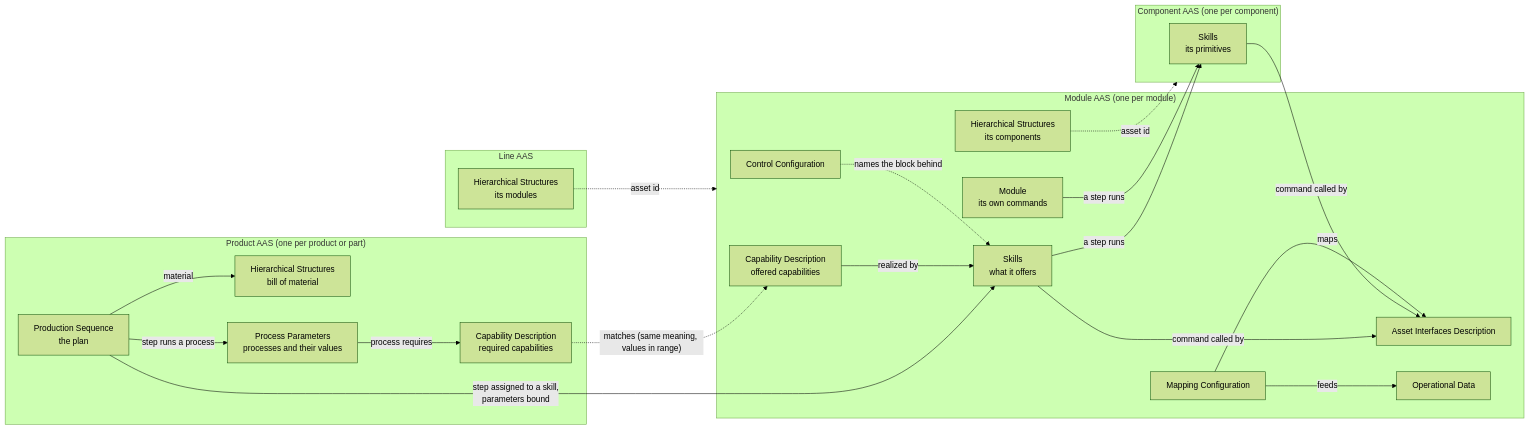
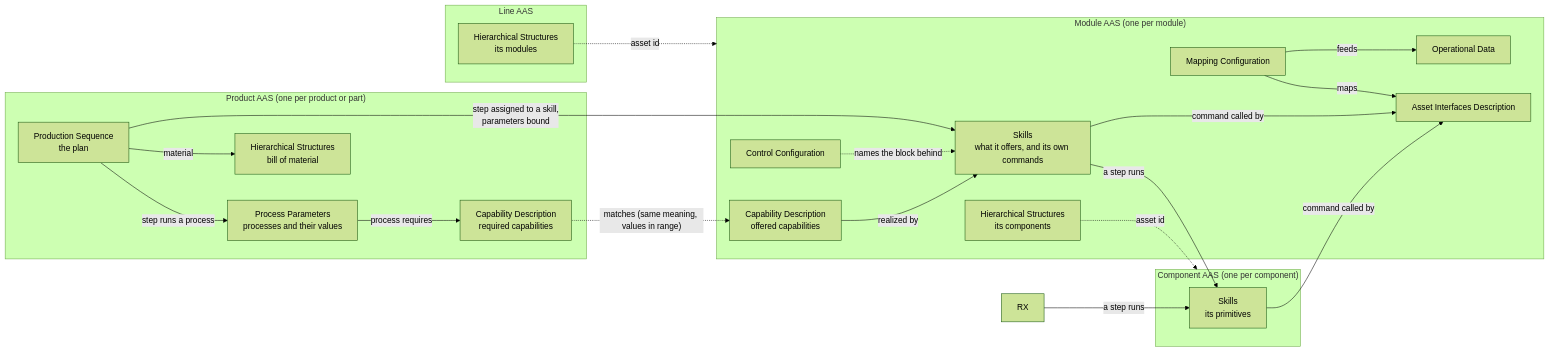
One commit to AAUSmartProductionLab/iec61499-mgmt-py changed the diagram in docs/aas-models.md. Above: the diagram before and after it, drawn with Mermaid (forest theme). The commit also changed other lines of this file and 4 other files, not shown here.

````diff
--- a/docs/aas-models.md
+++ b/docs/aas-models.md
@@ -25,40 +25,39 @@
 ```mermaid
 flowchart LR
   subgraph P["Product AAS (one per product or part)"]
     PB["Hierarchical Structures<br/>bill of material"]
     PP["Process Parameters<br/>processes and their values"]
     PC["Capability Description<br/>required capabilities"]
     PS["Production Sequence<br/>the plan"]
   end
   subgraph R["Module AAS (one per module)"]
     RC["Capability Description<br/>offered capabilities"]
-    RS["Skills<br/>what it offers"]
-    RX["Module<br/>its own commands"]
+    RS["Skills<br/>what it offers, and its own commands"]
     RI["Asset Interfaces Description"]
     RM["Mapping Configuration"]
     RO["Operational Data"]
     RH["Hierarchical Structures<br/>its components"]
     RK["Control Configuration"]
   end
   subgraph C["Component AAS (one per component)"]
     CS["Skills<br/>its primitives"]
   end
   subgraph L["Line AAS"]
     LH["Hierarchical Structures<br/>its modules"]
   end
   PP -- "process requires" --> PC
   PS -- "step runs a process" --> PP
   PS -- "material" --> PB
   PC -. "matches (same meaning, values in range)" .-> RC
   PS -- "step assigned to a skill,<br/>parameters bound" --> RS
   RC -- "realized by" --> RS
   RS -- "a step runs" --> CS
   RX -- "a step runs" --> CS
   RS -- "command called by" --> RI
   CS -- "command called by" --> RI
   RM -- "maps" --> RI
   RM -- "feeds" --> RO
   RK -. "names the block behind" .-> RS
   RH -. "asset id" .-> C
   LH -. "asset id" .-> R
 ```
````
